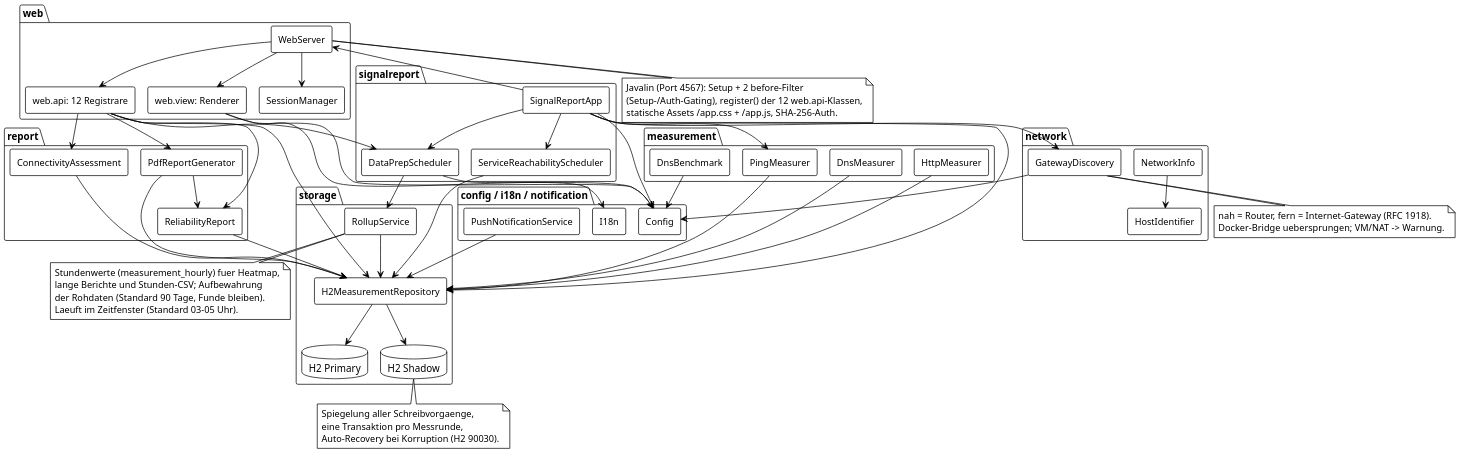
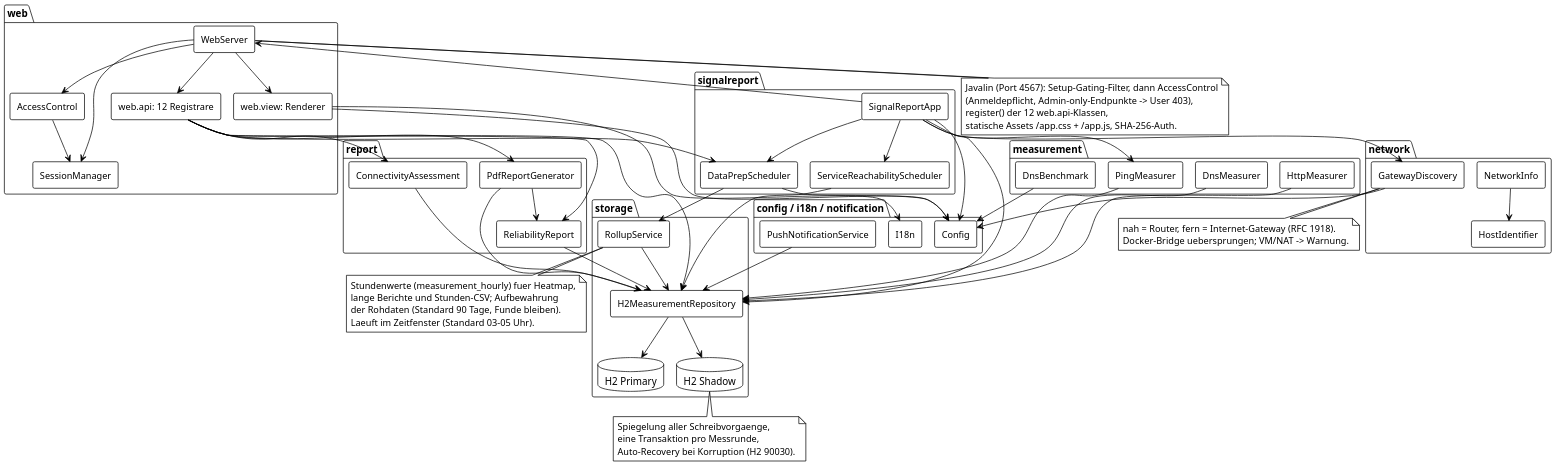
One commit to matthili/SignalReport changed the diagram in docs/diagrams/component-diagram.puml. Above: the diagram before and after it, drawn with PlantUML. The commit also changed 38 other files, not shown here.

Commit message:
Greater separation between admin and user access. Setup vulnerability fixed. More DNS benchmark options. Documentation updated.

```diff
--- a/docs/diagrams/component-diagram.puml
+++ b/docs/diagrams/component-diagram.puml
@@ -1,107 +1,111 @@
 @startuml component-diagram
 !pragma layout smetana
 skinparam dpi 150
 scale max 16384 width
 !theme plain
 skinparam componentFontSize 13
 skinparam componentStyle rectangle
 
 package "signalreport" {
   [SignalReportApp] as App
   [ServiceReachabilityScheduler] as Sched
   [DataPrepScheduler] as DataPrep
 }
 package "web" {
   [WebServer] as Web
+  [AccessControl] as Access
   [web.api: 12 Registrare] as Api
   [web.view: Renderer] as View
   [SessionManager] as SessionMgr
 }
 package "measurement" {
   [PingMeasurer] as Ping
   [DnsMeasurer] as DNS
   [HttpMeasurer] as HTTP
   [DnsBenchmark] as Benchmark
 }
 package "network" {
   [GatewayDiscovery] as GwDisc
   [NetworkInfo] as NetInfo
   [HostIdentifier] as HostID
 }
 package "storage" {
   [H2MeasurementRepository] as Repo
   [RollupService] as Rollup
   database "H2 Primary" as PrimaryDB
   database "H2 Shadow" as ShadowDB
 }
 package "report" {
   [ReliabilityReport] as Reliability
   [ConnectivityAssessment] as Connectivity
   [PdfReportGenerator] as PDF
 }
 package "config / i18n / notification" {
   [Config] as Config
   [I18n] as I18n
   [PushNotificationService] as Push
 }
 
 App --> Web
 App --> Ping
 App --> GwDisc
 App --> Repo
 App --> Config
 App --> Sched
 App --> DataPrep
 Sched --> Repo
 DataPrep --> Rollup
 DataPrep --> Config
 Rollup --> Repo
 
+Web --> Access
+Access --> SessionMgr
 Web --> Api
 Web --> View
 Web --> SessionMgr
 Api --> Repo
 Api --> Reliability
 Api --> Connectivity
 Api --> PDF
 Api --> DataPrep
 View --> I18n
 View --> Config
 
 Reliability --> Repo
 Connectivity --> Repo
 PDF --> Repo
 PDF --> Reliability
 Push --> Repo
 
 Ping --> Repo
 DNS --> Repo
 HTTP --> Repo
 Benchmark --> Config
 GwDisc --> Config
 NetInfo --> HostID
 
 Repo --> PrimaryDB
 Repo --> ShadowDB
 
 note bottom of Web
-  Javalin (Port 4567): Setup + 2 before-Filter
-  (Setup-/Auth-Gating), register() der 12 web.api-Klassen,
+  Javalin (Port 4567): Setup-Gating-Filter, dann AccessControl
+  (Anmeldepflicht, Admin-only-Endpunkte -> User 403),
+  register() der 12 web.api-Klassen,
   statische Assets /app.css + /app.js, SHA-256-Auth.
 end note
 note bottom of GwDisc
   nah = Router, fern = Internet-Gateway (RFC 1918).
   Docker-Bridge uebersprungen; VM/NAT -> Warnung.
 end note
 note bottom of ShadowDB
   Spiegelung aller Schreibvorgaenge,
   eine Transaktion pro Messrunde,
   Auto-Recovery bei Korruption (H2 90030).
 end note
 note bottom of Rollup
   Stundenwerte (measurement_hourly) fuer Heatmap,
   lange Berichte und Stunden-CSV; Aufbewahrung
   der Rohdaten (Standard 90 Tage, Funde bleiben).
   Laeuft im Zeitfenster (Standard 03-05 Uhr).
 end note
 @enduml
```
